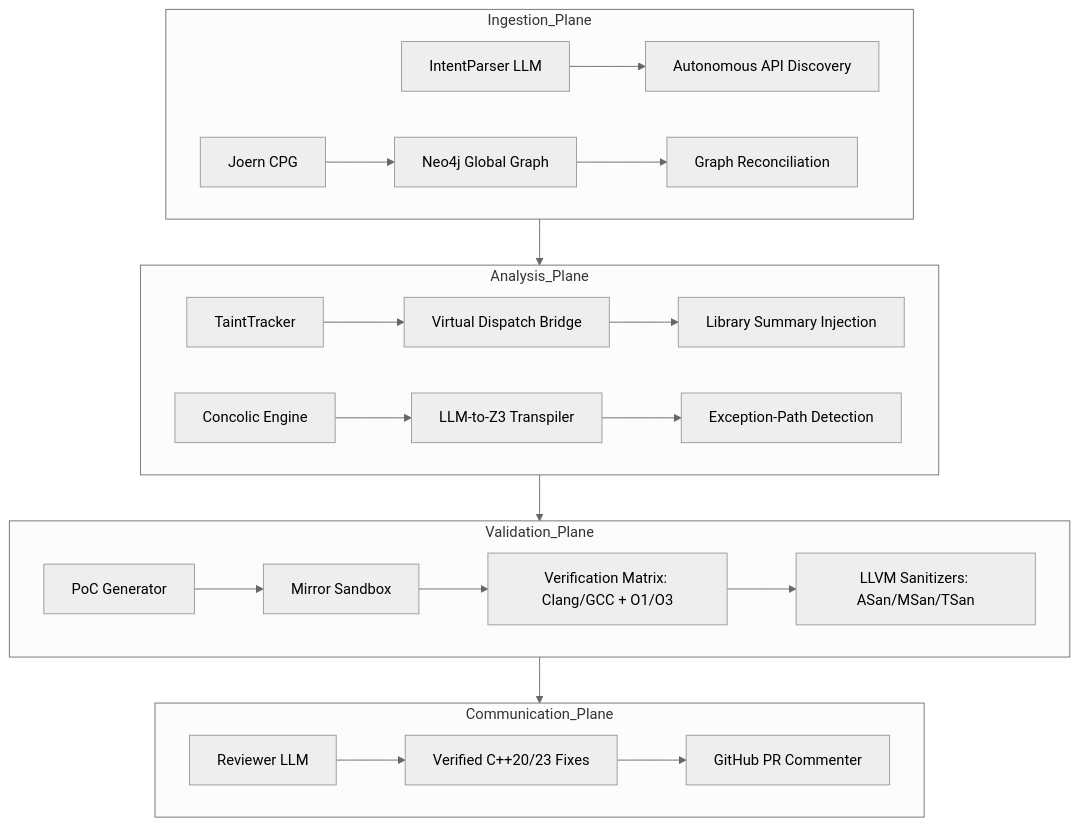
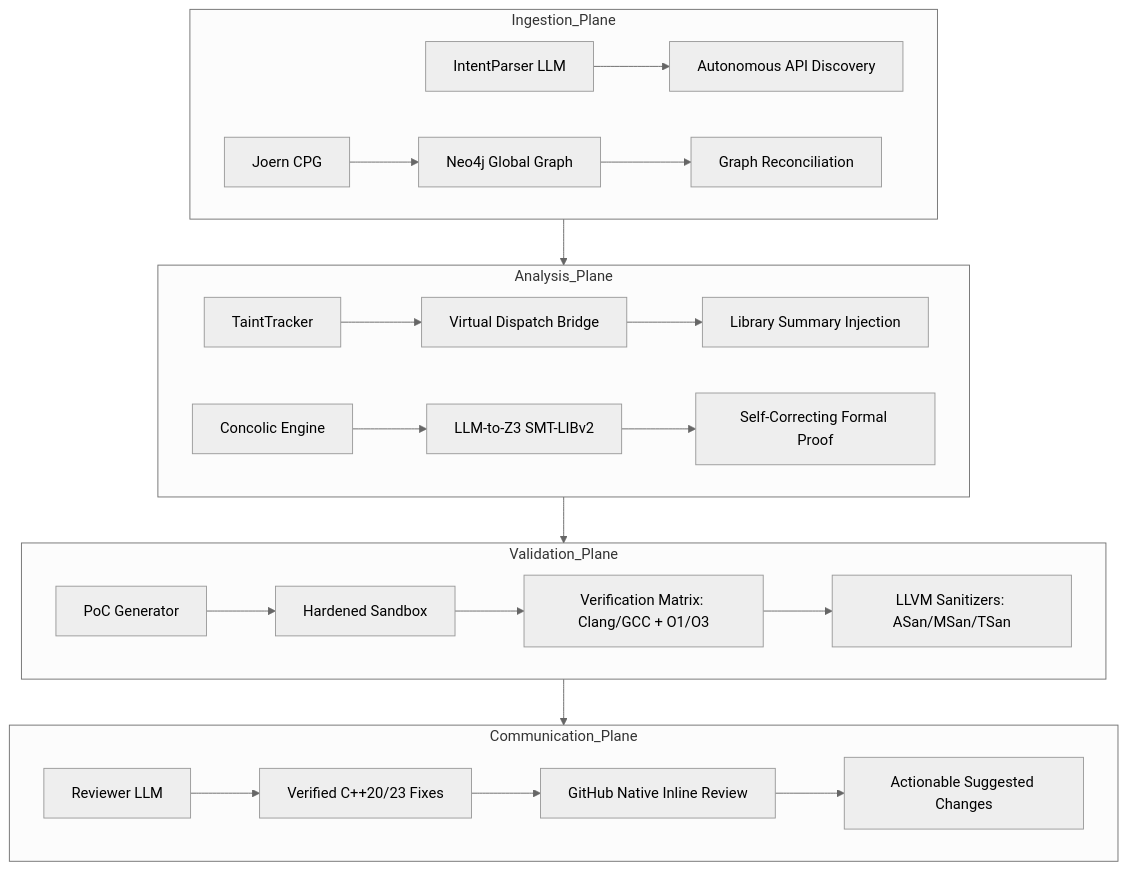
The diagram in README.md (Nishanthtamil/Vigilant-X), drawn with Mermaid (neutral theme) before and after one commit. The commit also changed other lines of this file, not shown here.

````diff
--- a/README.md
+++ b/README.md
@@ -11,30 +11,31 @@
 ```mermaid
 graph TD
     subgraph Ingestion_Plane
         A[Joern CPG] --> B[Neo4j Global Graph]
         C[IntentParser LLM] --> D[Autonomous API Discovery]
         B --> E[Graph Reconciliation]
     end
 
     subgraph Analysis_Plane
         F[TaintTracker] --> G[Virtual Dispatch Bridge]
         G --> H[Library Summary Injection]
-        I[Concolic Engine] --> J[LLM-to-Z3 Transpiler]
-        J --> K[Exception-Path Detection]
+        I[Concolic Engine] --> J[LLM-to-Z3 SMT-LIBv2]
+        J --> K[Self-Correcting Formal Proof]
     end
 
     subgraph Validation_Plane
-        L[PoC Generator] --> M[Mirror Sandbox]
+        L[PoC Generator] --> M[Hardened Sandbox]
         M --> N[Verification Matrix: Clang/GCC + O1/O3]
         N --> O[LLVM Sanitizers: ASan/MSan/TSan]
     end
 
     subgraph Communication_Plane
         P[Reviewer LLM] --> Q[Verified C++20/23 Fixes]
-        Q --> R[GitHub PR Commenter]
+        Q --> R[GitHub Native Inline Review]
+        R --> S[Actionable Suggested Changes]
     end
 
     Ingestion_Plane --> Analysis_Plane
     Analysis_Plane --> Validation_Plane
     Validation_Plane --> Communication_Plane
 ```
````
